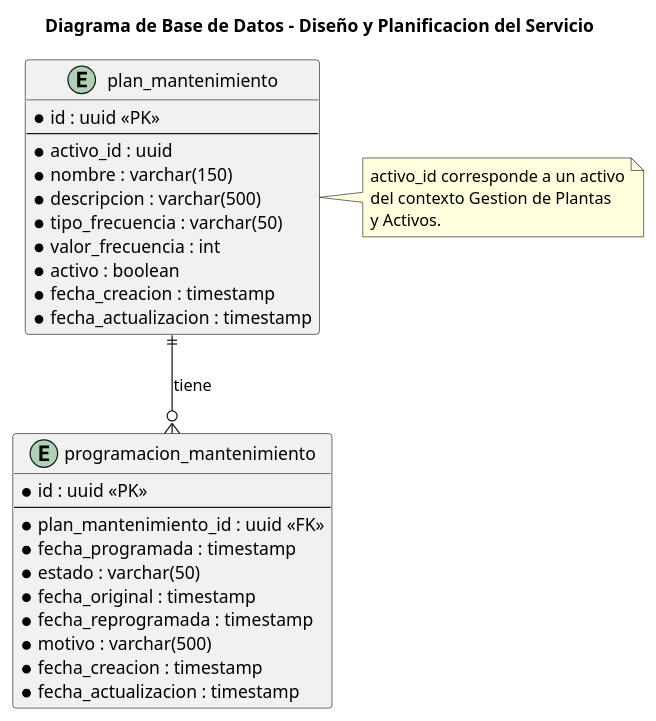
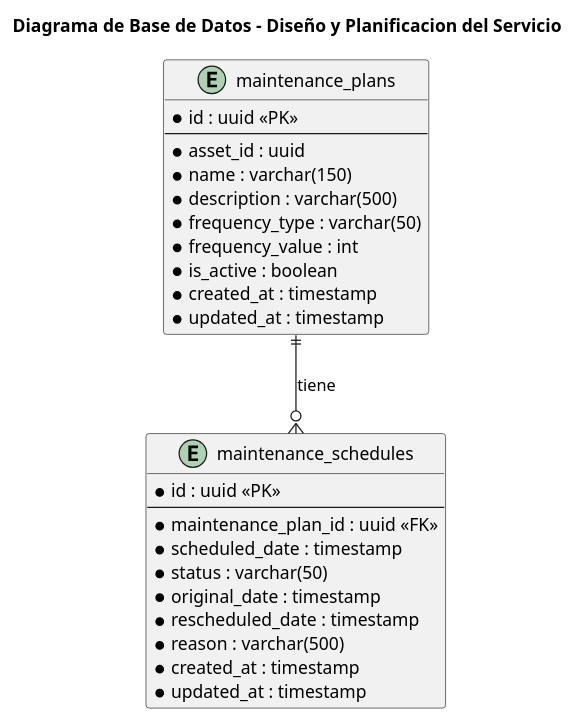
The diagram in report/assets/diagrams/database-diagram/database-diagram-BC3.puml (TechMakers-upc/Report), drawn with PlantUML before and after one commit. The commit also changed 30 other files, not shown here.

Commit message:
fix(report): fix conventions in class, database, and c4 diagrams

```diff
--- a/report/assets/diagrams/database-diagram/database-diagram-BC3.puml
+++ b/report/assets/diagrams/database-diagram/database-diagram-BC3.puml
@@ -1,43 +1,37 @@
 @startuml BD_Planificacion_Mantenimiento
 
 title Diagrama de Base de Datos - Diseño y Planificacion del Servicio
 
 ' planes preventivos para cada activo
-entity "plan_mantenimiento" as plan {
+entity "maintenance_plans" as maintenance_plans {
     * id : uuid <<PK>>
     --
-    * activo_id : uuid
-    * nombre : varchar(150)
-    * descripcion : varchar(500)
-    * tipo_frecuencia : varchar(50)
-    * valor_frecuencia : int
-    * activo : boolean
-    * fecha_creacion : timestamp
-    * fecha_actualizacion : timestamp
+    * asset_id : uuid
+    * name : varchar(150)
+    * description : varchar(500)
+    * frequency_type : varchar(50)
+    * frequency_value : int
+    * is_active : boolean
+    * created_at : timestamp
+    * updated_at : timestamp
 }
 
 ' fechas y estado de ejecucion programada
-entity "programacion_mantenimiento" as programacion {
+entity "maintenance_schedules" as maintenance_schedules {
     * id : uuid <<PK>>
     --
-    * plan_mantenimiento_id : uuid <<FK>>
-    * fecha_programada : timestamp
-    * estado : varchar(50)
-    * fecha_original : timestamp
-    * fecha_reprogramada : timestamp
-    * motivo : varchar(500)
-    * fecha_creacion : timestamp
-    * fecha_actualizacion : timestamp
+    * maintenance_plan_id : uuid <<FK>>
+    * scheduled_date : timestamp
+    * status : varchar(50)
+    * original_date : timestamp
+    * rescheduled_date : timestamp
+    * reason : varchar(500)
+    * created_at : timestamp
+    * updated_at : timestamp
 }
 
 ' un plan genera varias fechas de mantenimiento
-plan ||--o{ programacion : tiene
+maintenance_plans ||--o{ maintenance_schedules : tiene
 
-' referencia logica externa
-note right of plan
-    activo_id corresponde a un activo
-    del contexto Gestion de Plantas
-    y Activos.
-end note
 
 @enduml
```
